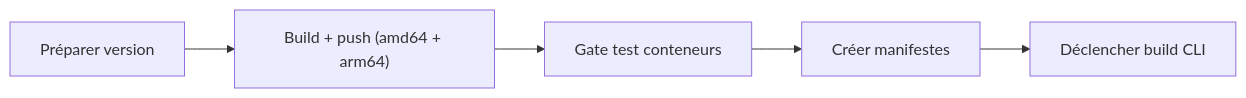
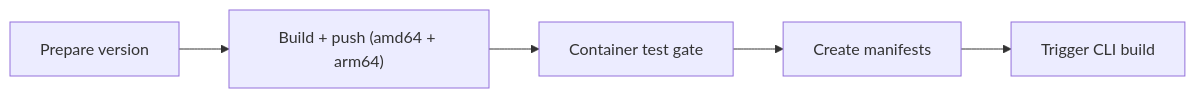
One commit to tale-project/tale changed the second of 2 diagrams in docs/fr/develop/contributing-docker.md. Above: the diagram before and after it, drawn with Mermaid. The commit also changed other lines of this file and 329 other files, not shown here.

````diff
--- a/docs/fr/develop/contributing-docker.md
+++ b/docs/fr/develop/contributing-docker.md
@@ -184,7 +185,7 @@
 ```mermaid
 graph LR
-    A["Préparer version"] --> B["Build + push (amd64 + arm64)"]
-    B --> C["Gate test conteneurs"]
-    C --> D["Créer manifestes"]
-    D --> E["Déclencher build CLI"]
+    A["Prepare version"] --> B["Build + push (amd64 + arm64)"]
+    B --> C["Container test gate"]
+    C --> D["Create manifests"]
+    D --> E["Trigger CLI build"]
 ```
````
